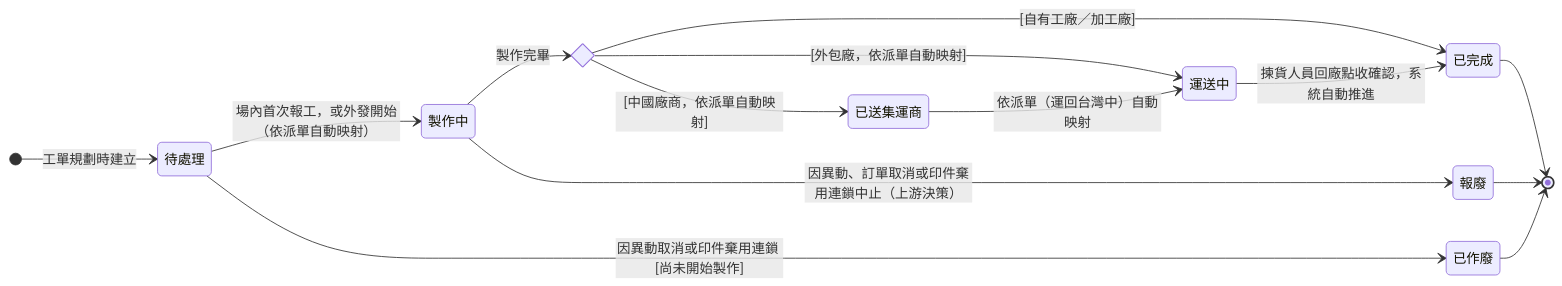
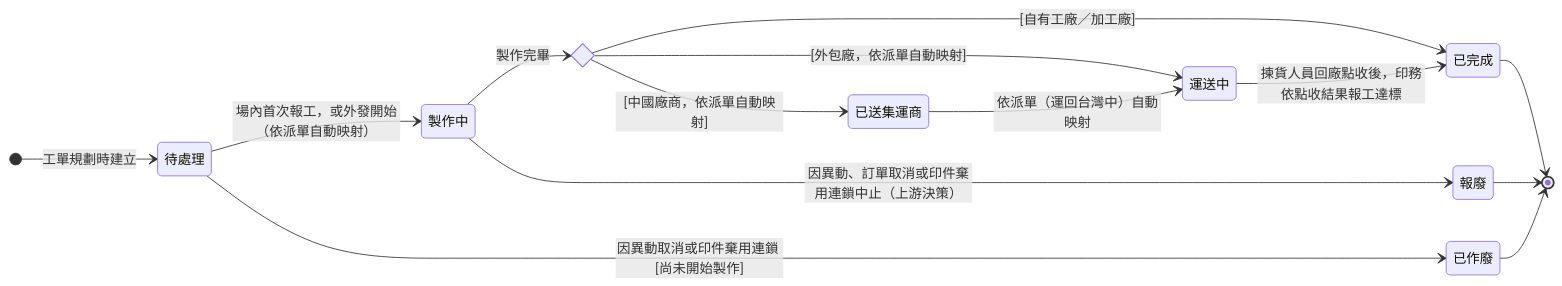
Before and after one commit to Kawato-Miles/erp-spec: the diagram in memory/Sens_wiki/wiki/erp/06-state-machines/生產任務狀態.md, drawn with Mermaid. The commit also changed other lines of this file and 21 other files, not shown here.

````diff
--- a/memory/Sens_wiki/wiki/erp/06-state-machines/生產任務狀態.md
+++ b/memory/Sens_wiki/wiki/erp/06-state-machines/生產任務狀態.md
@@ -49,30 +49,30 @@
 ```mermaid
 stateDiagram-v2
     direction LR
 
     [*] --> s_pending : 工單規劃時建立
 
     state "待處理" as s_pending
     state "製作中" as s_making
     state "已送集運商" as s_consolidator
     state "運送中" as s_shipping
     state "已完成" as s_done
     state "已作廢" as s_void
     state "報廢" as s_scrap
     state route <<choice>>
 
     s_pending --> s_making : 場內首次報工，或外發開始（依派單自動映射）
     s_making --> route : 製作完畢
     route --> s_done : [自有工廠／加工廠]
     route --> s_shipping : [外包廠，依派單自動映射]
     route --> s_consolidator : [中國廠商，依派單自動映射]
     s_consolidator --> s_shipping : 依派單（運回台灣中）自動映射
-    s_shipping --> s_done : 揀貨人員回廠點收確認，系統自動推進
+    s_shipping --> s_done : 揀貨人員回廠點收後，印務依點收結果報工達標
 
     s_pending --> s_void : 因異動取消或印件棄用連鎖 [尚未開始製作]
     s_making --> s_scrap : 因異動、訂單取消或印件棄用連鎖中止（上游決策）
 
     s_done --> [*]
     s_void --> [*]
     s_scrap --> [*]
 ```
````
